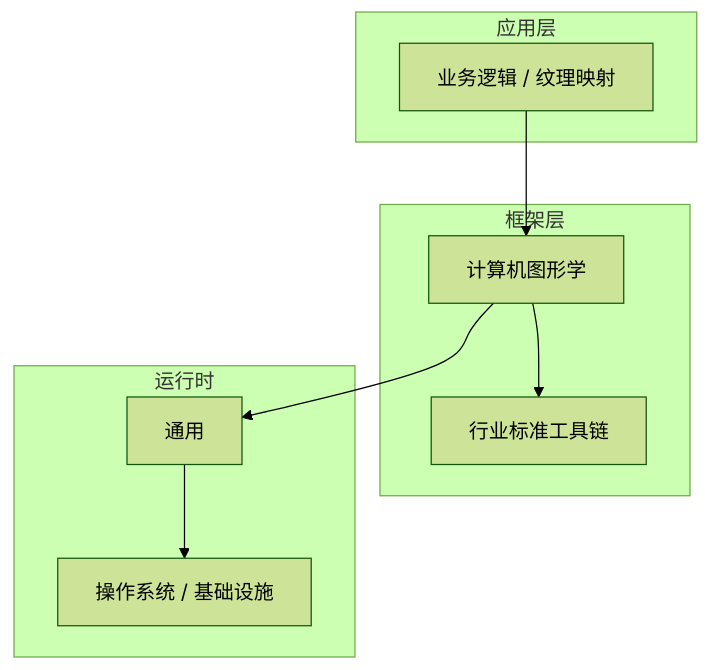
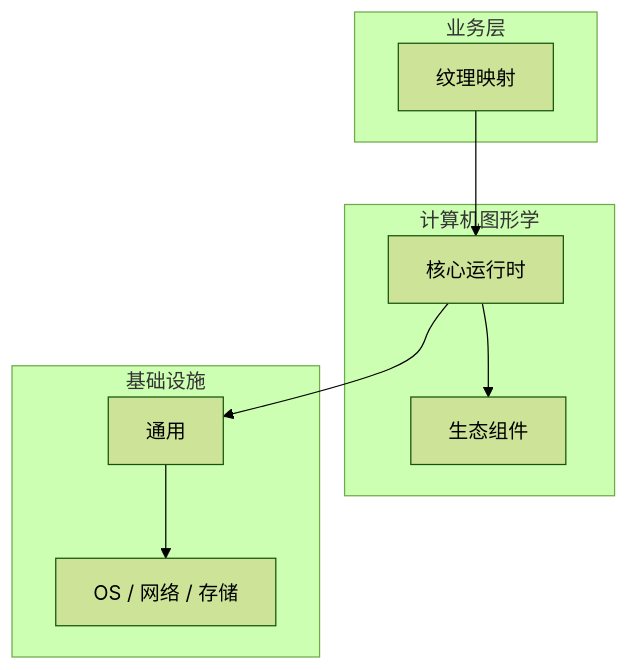
Before and after one commit to yanggan2015/knowledge-json-v2: the diagram in articles/计算机图形学/chapters/036-纹理映射核心概念与原理.md, drawn with Mermaid (forest theme). The commit also changed other lines of this file and 10127 other files, not shown here.

````diff
--- a/articles/计算机图形学/chapters/036-纹理映射核心概念与原理.md
+++ b/articles/计算机图形学/chapters/036-纹理映射核心概念与原理.md
@@ -45,18 +30,18 @@
 ```mermaid
 graph TB
-    subgraph 应用层
-        A[业务逻辑 / 纹理映射]
+    subgraph 业务层
+        A[纹理映射]
     end
-    subgraph 框架层
-        B[计算机图形学]
-        C[行业标准工具链]
+    subgraph 计算机图形学
+        B[核心运行时]
+        C[生态组件]
     end
-    subgraph 运行时
+    subgraph 基础设施
         D[通用]
-        E[操作系统 / 基础设施]
+        E[OS / 网络 / 存储]
     end
     A --> B
     B --> C
     B --> D
     D --> E
 ```
````
